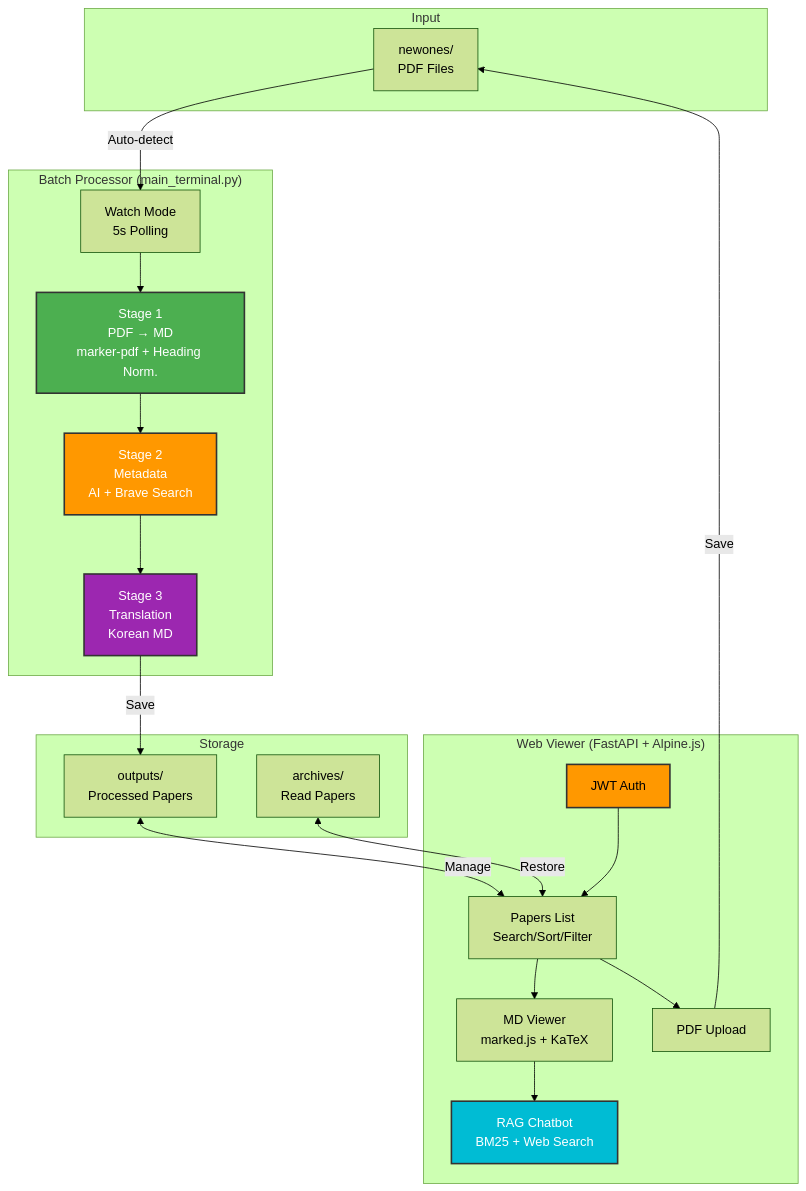
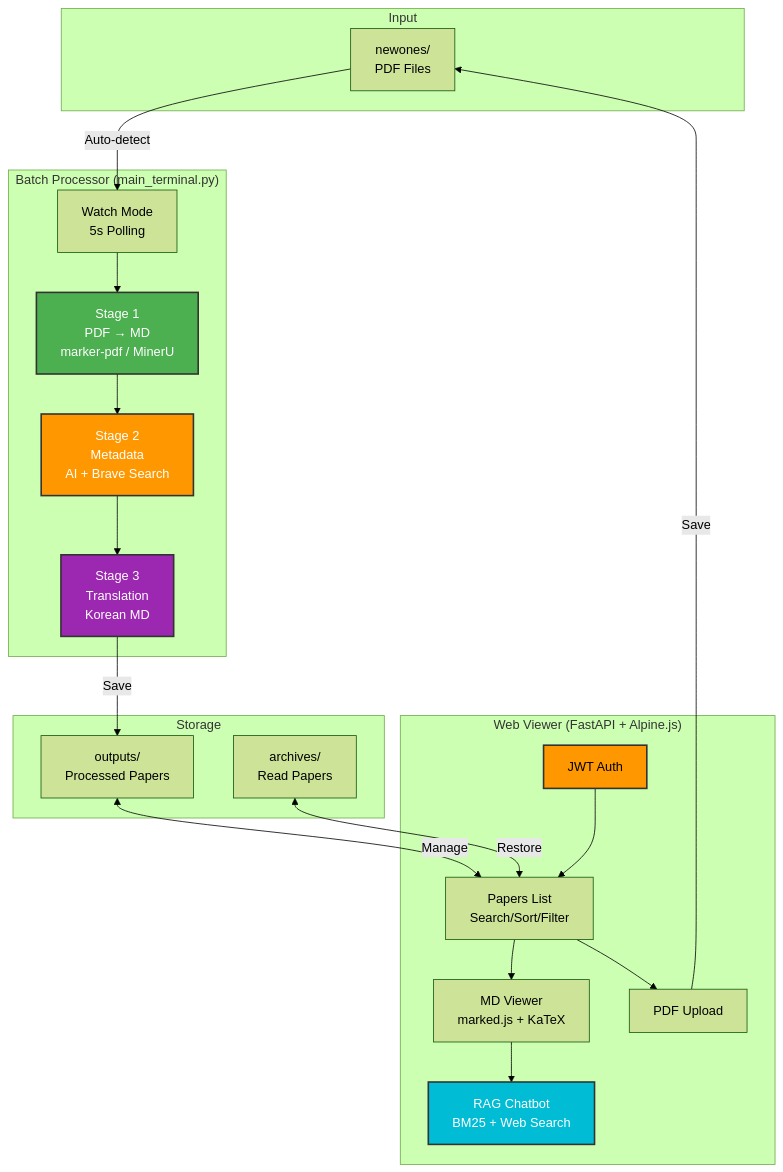
The fourth of 6 diagrams in README.md (restful3/paperflow), drawn with Mermaid (forest theme) before and after one commit. The commit also changed other lines of this file and 8 other files, not shown here.

````diff
--- a/README.md
+++ b/README.md
@@ -460,47 +517,47 @@
 ```mermaid
 graph TB
     subgraph "Input"
         PDF[newones/<br/>PDF Files]
     end
 
     subgraph "Batch Processor (main_terminal.py)"
         Watch[Watch Mode<br/>5s Polling]
-        S1[Stage 1<br/>PDF → MD<br/>marker-pdf + Heading Norm.]
+        S1[Stage 1<br/>PDF → MD<br/>marker-pdf / MinerU]
         S2[Stage 2<br/>Metadata<br/>AI + Brave Search]
         S3[Stage 3<br/>Translation<br/>Korean MD]
 
         Watch --> S1
         S1 --> S2
         S2 --> S3
     end
 
     subgraph "Storage"
         Outputs[outputs/<br/>Processed Papers]
         Archives[archives/<br/>Read Papers]
     end
 
     subgraph "Web Viewer (FastAPI + Alpine.js)"
         Auth[JWT Auth]
         List[Papers List<br/>Search/Sort/Filter]
         Viewer[MD Viewer<br/>marked.js + KaTeX]
         Chat[RAG Chatbot<br/>BM25 + Web Search]
         Upload[PDF Upload]
 
         Auth --> List
         List --> Viewer
         Viewer --> Chat
         List --> Upload
     end
 
     PDF -->|Auto-detect| Watch
     S3 -->|Save| Outputs
     Outputs <-->|Manage| List
     Archives <-->|Restore| List
     Upload -->|Save| PDF
 
     style S1 fill:#4CAF50,stroke:#333,stroke-width:2px,color:#fff
     style S2 fill:#FF9800,stroke:#333,stroke-width:2px,color:#fff
     style S3 fill:#9C27B0,stroke:#333,stroke-width:2px,color:#fff
     style Auth fill:#FF9800,stroke:#333,stroke-width:2px
     style Chat fill:#00BCD4,stroke:#333,stroke-width:2px,color:#fff
 ```
````
